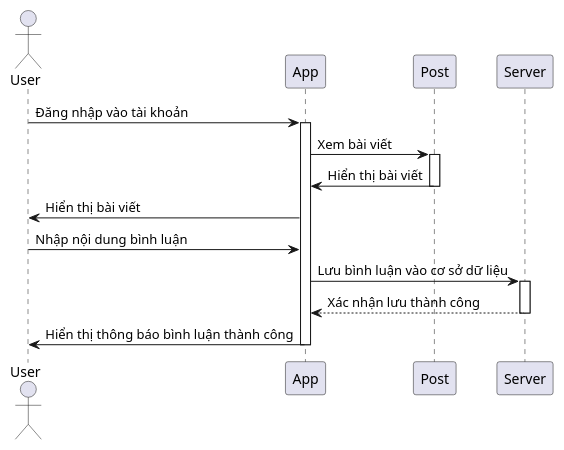
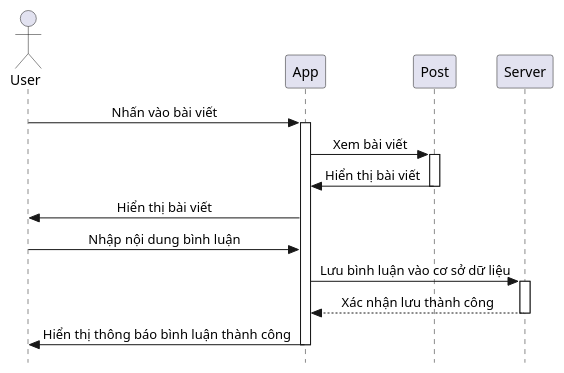
The diagram in Lab1/Lab1.2/Comment Post/CommentPost_Seq.pu (HiimDucManh/SE357-Pratice-class), drawn with PlantUML before and after one commit. The commit also changed 1 other file, not shown here.

```diff
--- a/Lab1/Lab1.2/Comment Post/CommentPost_Seq.pu
+++ b/Lab1/Lab1.2/Comment Post/CommentPost_Seq.pu
@@ -1,21 +1,24 @@
 @startuml
+skinparam style strictuml
+skinparam SequenceMessageAlignment center
+
 actor User
 participant App
 participant Post
 participant Server
 
-User -> App: Đăng nhập vào tài khoản
+User -> App: Nhấn vào bài viết
 activate App
 App -> Post: Xem bài viết
 activate Post
 Post -> App: Hiển thị bài viết
 deactivate Post
 App -> User: Hiển thị bài viết
 User -> App: Nhập nội dung bình luận
 App -> Server: Lưu bình luận vào cơ sở dữ liệu
 activate Server
 Server --> App: Xác nhận lưu thành công
 deactivate Server
 App -> User: Hiển thị thông báo bình luận thành công
 deactivate App
 @enduml
```
